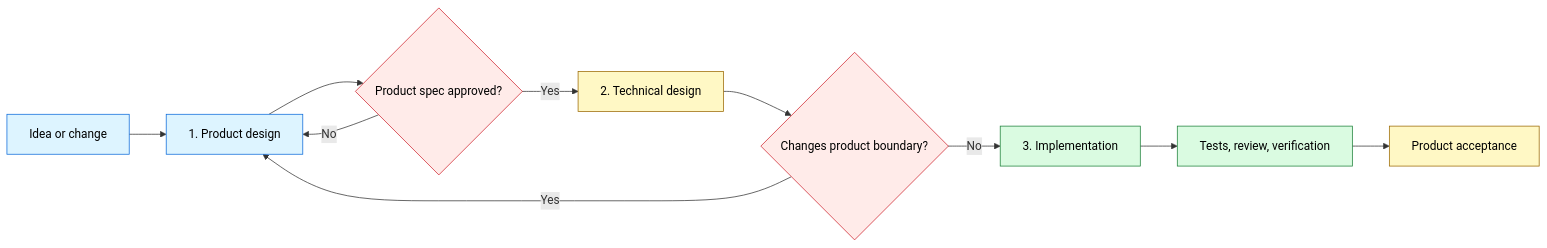
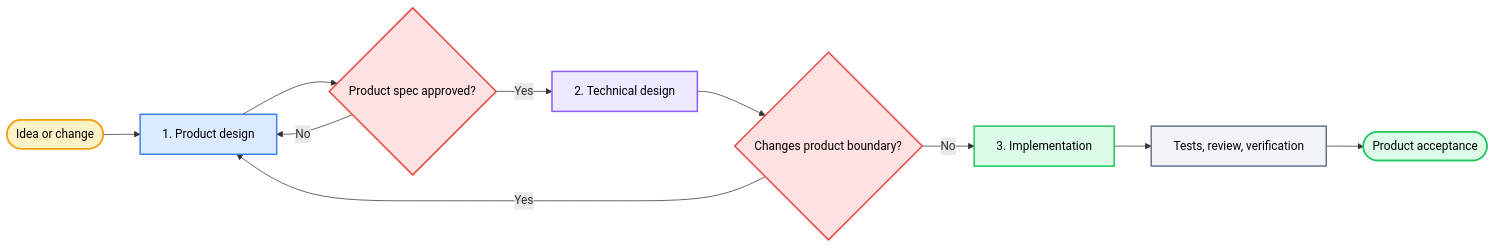
Before and after one commit to okht/grill-powers: the diagram in README.md, drawn with Mermaid. The commit also changed other lines of this file and 1 other file, not shown here.

````diff
--- a/README.md
+++ b/README.md
@@ -88,22 +131,21 @@
 ```mermaid
 flowchart LR
-    I["Idea or change"] --> P["1. Product design"]
+    I(["Idea or change"]) --> P["1. Product design"]
     P --> S{"Product spec approved?"}
     S -- "No" --> P
     S -- "Yes" --> T["2. Technical design"]
     T --> C{"Changes product boundary?"}
     C -- "Yes" --> P
     C -- "No" --> D["3. Implementation"]
     D --> V["Tests, review, verification"]
-    V --> A["Product acceptance"]
-    classDef product fill:#ddf4ff,stroke:#0969da,color:#000
-    classDef gate fill:#ffebe9,stroke:#cf222e,color:#000
-    classDef technical fill:#fff8c5,stroke:#9a6700,color:#000
-    classDef implementation fill:#dafbe1,stroke:#1a7f37,color:#000
-    classDef evidence fill:#fff8c5,stroke:#9a6700,color:#000
-    class I,P product
-    class S,C gate
-    class T technical
-    class D,V implementation
-    class A evidence
+    V --> A(["Product acceptance"])
+
+    style I fill:#FEF3C7,stroke:#F59E0B,stroke-width:2px,color:#000
+    style P fill:#DBEAFE,stroke:#3B82F6,stroke-width:2px,color:#000
+    style S fill:#FEE2E2,stroke:#EF4444,stroke-width:2px,color:#000
+    style T fill:#EDE9FE,stroke:#8B5CF6,stroke-width:2px,color:#000
+    style C fill:#FEE2E2,stroke:#EF4444,stroke-width:2px,color:#000
+    style D fill:#DCFCE7,stroke:#22C55E,stroke-width:2px,color:#000
+    style V fill:#F1F5F9,stroke:#64748B,stroke-width:2px,color:#000
+    style A fill:#DCFCE7,stroke:#22C55E,stroke-width:2px,color:#000
 ```
````
